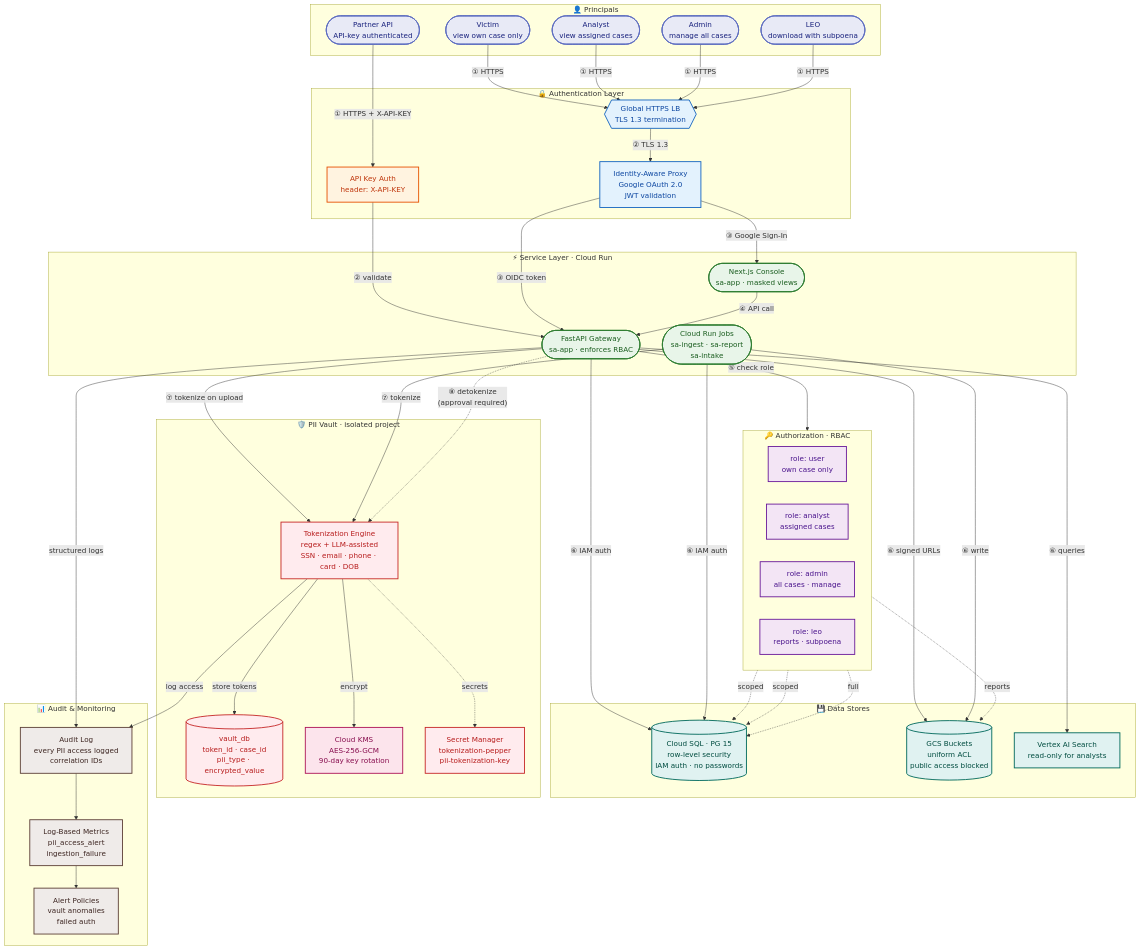
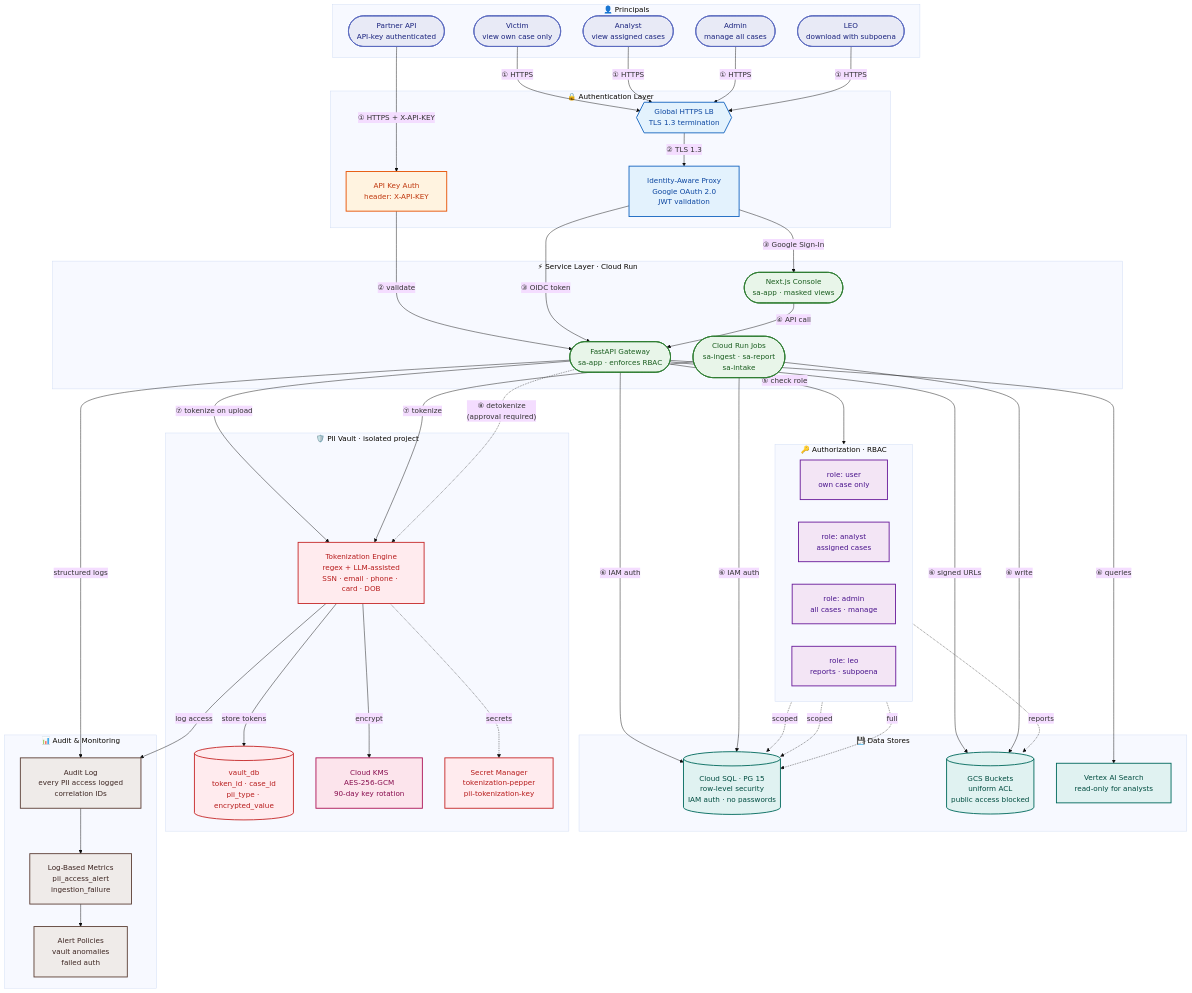
The diagram in book/architecture/security-model.md (intelligenceforgood/docs), drawn with Mermaid before and after one commit. The commit also changed 3 other files, not shown here.

Commit message:
Made the Mermaid diagrams resiable

````diff
--- a/book/architecture/security-model.md
+++ b/book/architecture/security-model.md
@@ -5,4 +5,5 @@
 ```mermaid
+%%{init: {'theme':'base', 'themeVariables': {'fontSize':'16px', 'fontFamily':'system-ui, sans-serif'}, 'flowchart': {'curve':'basis', 'padding':20}}}%%
 flowchart TB
     classDef user      fill:#e8eaf6,stroke:#5c6bc0,stroke-width:2px,color:#1a237e
     classDef edge      fill:#e3f2fd,stroke:#1565c0,stroke-width:2px,color:#0d47a1
````
